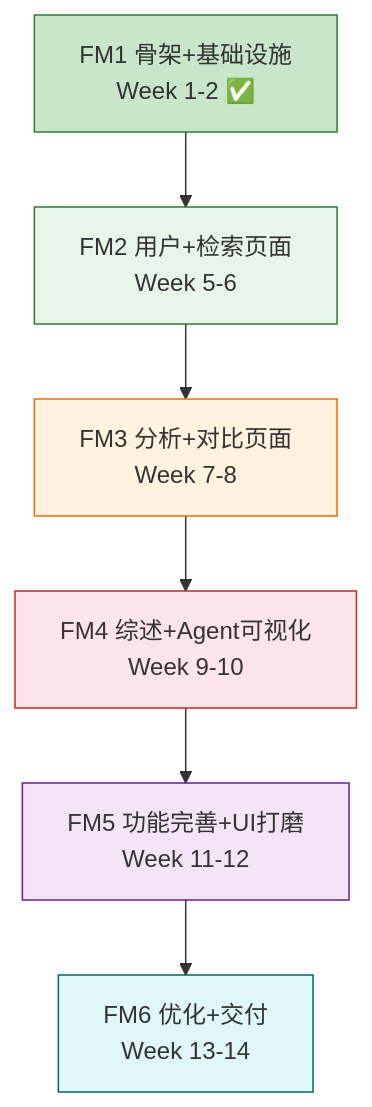
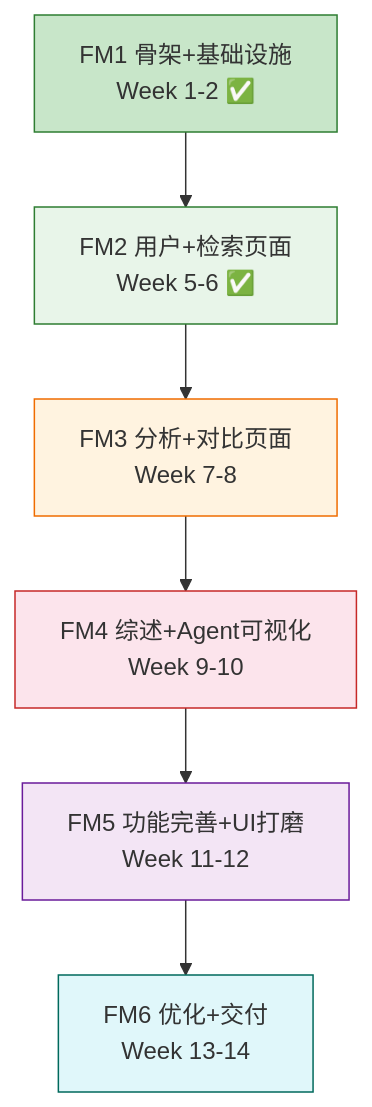
The second of 4 diagrams in docs/frontend/前端模块项目里程碑文档.md (Fsu7/Veritas-), drawn with Mermaid before and after one commit. The commit also changed other lines of this file and 38 other files, not shown here.

````diff
--- a/docs/frontend/前端模块项目里程碑文档.md
+++ b/docs/frontend/前端模块项目里程碑文档.md
@@ -710,22 +711,22 @@
 ```mermaid
 graph TD
     FM1["FM1 骨架+基础设施<br/>Week 1-2 ✅"]
-    FM2["FM2 用户+检索页面<br/>Week 5-6"]
+    FM2["FM2 用户+检索页面<br/>Week 5-6 ✅"]
     FM3["FM3 分析+对比页面<br/>Week 7-8"]
     FM4["FM4 综述+Agent可视化<br/>Week 9-10"]
     FM5["FM5 功能完善+UI打磨<br/>Week 11-12"]
     FM6["FM6 优化+交付<br/>Week 13-14"]
 
     FM1 --> FM2
     FM2 --> FM3
     FM3 --> FM4
     FM4 --> FM5
     FM5 --> FM6
 
     style FM1 fill:#c8e6c9,stroke:#2e7d32
     style FM2 fill:#e8f5e9,stroke:#2e7d32
     style FM3 fill:#fff3e0,stroke:#ef6c00
     style FM4 fill:#fce4ec,stroke:#c62828
     style FM5 fill:#f3e5f5,stroke:#6a1b9a
     style FM6 fill:#e0f7fa,stroke:#00695c
 ```
````
